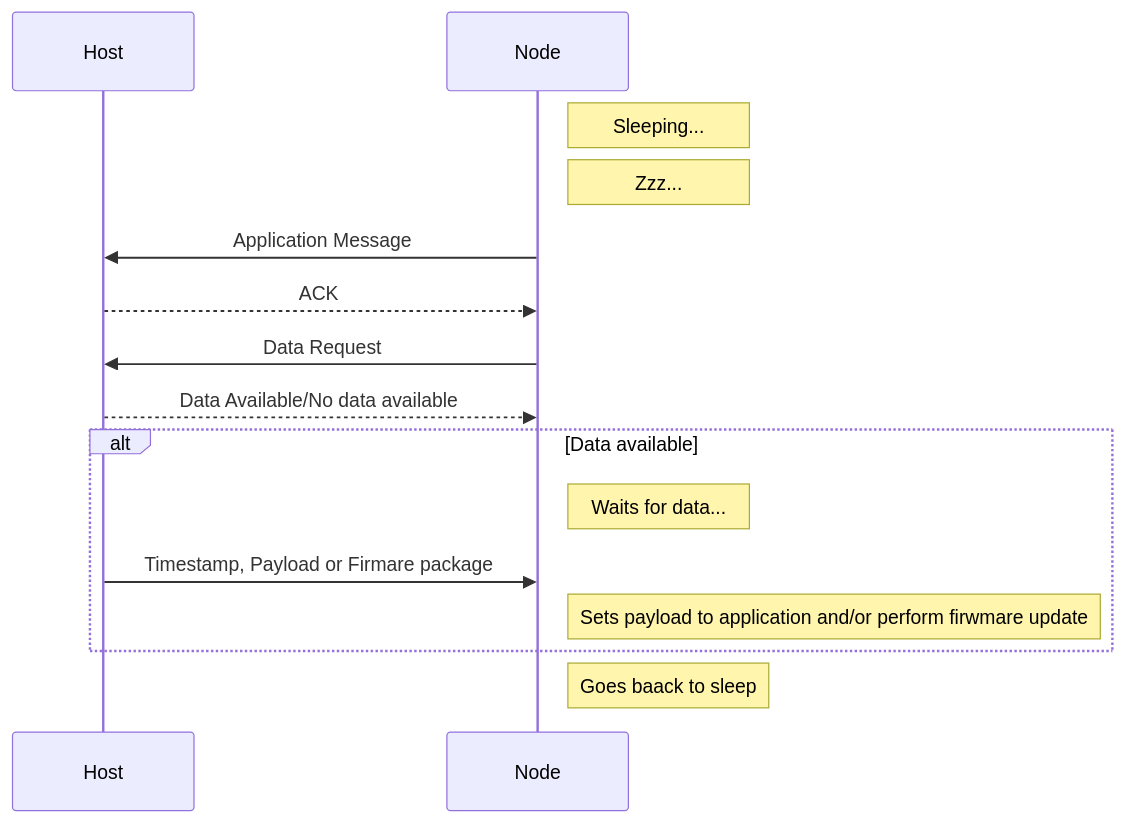
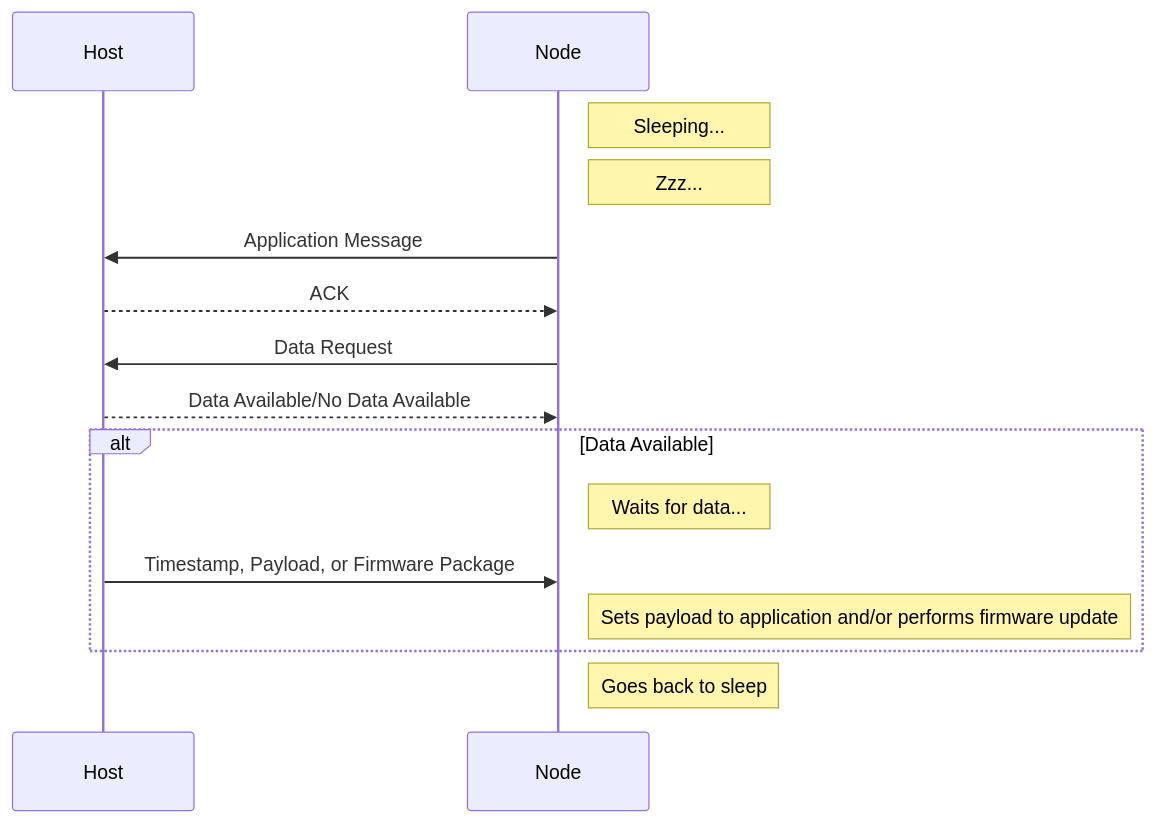
One commit to Johboh/ieee-802_15_4-network-node changed the diagram in README.md. Above: the diagram before and after it, drawn with Mermaid. The commit also changed other lines of this file, not shown here.

````diff
--- a/README.md
+++ b/README.md
@@ -23,19 +21,19 @@
 ```mermaid
 sequenceDiagram
     participant Host
     participant Node
 
     Note right of Node: Sleeping...
     Note right of Node: Zzz...
 
     Node->>Host: Application Message
     Host-->>Node: ACK
     Node->>Host: Data Request
-    Host-->>Node: Data Available/No data available
-    alt Data available
+    Host-->>Node: Data Available/No Data Available
+    alt Data Available
         Note right of Node: Waits for data...
-        Host->>Node: Timestamp, Payload or Firmare package
-        Note right of Node: Sets payload to application and/or perform firwmare update
+        Host->>Node: Timestamp, Payload, or Firmware Package
+        Note right of Node: Sets payload to application and/or performs firmware update
     end
-    Note right of Node: Goes baack to sleep
+    Note right of Node: Goes back to sleep
 ```
````
